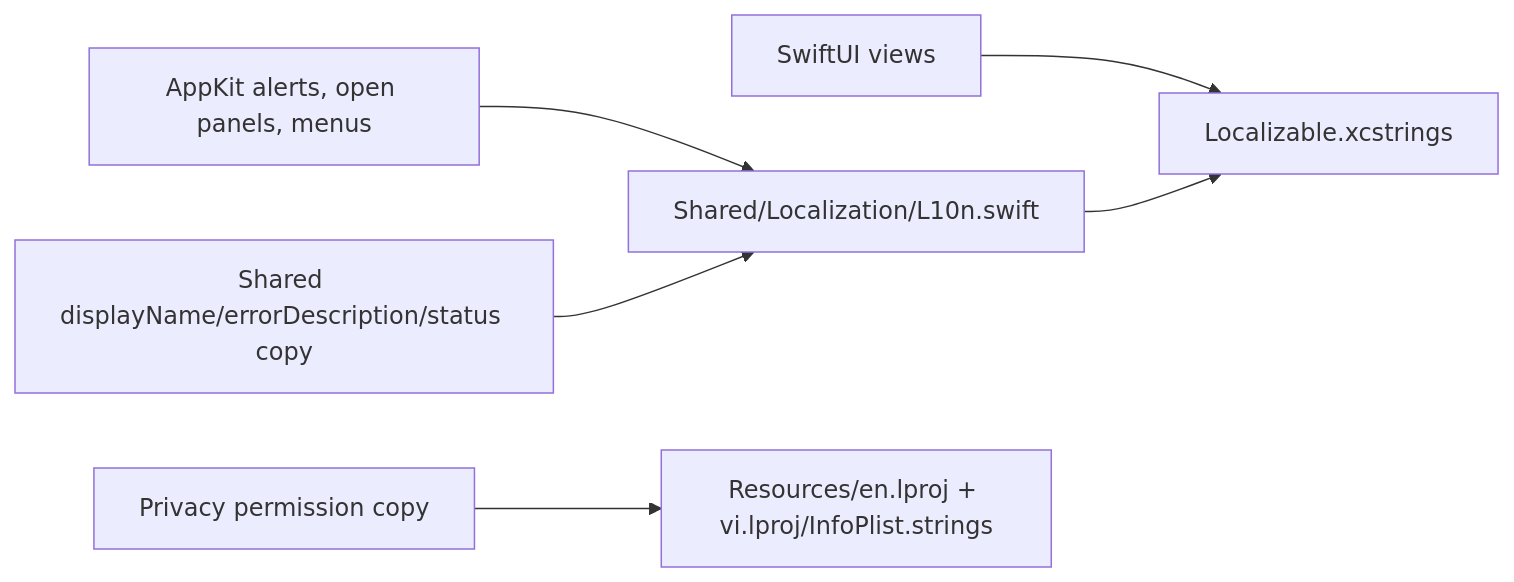
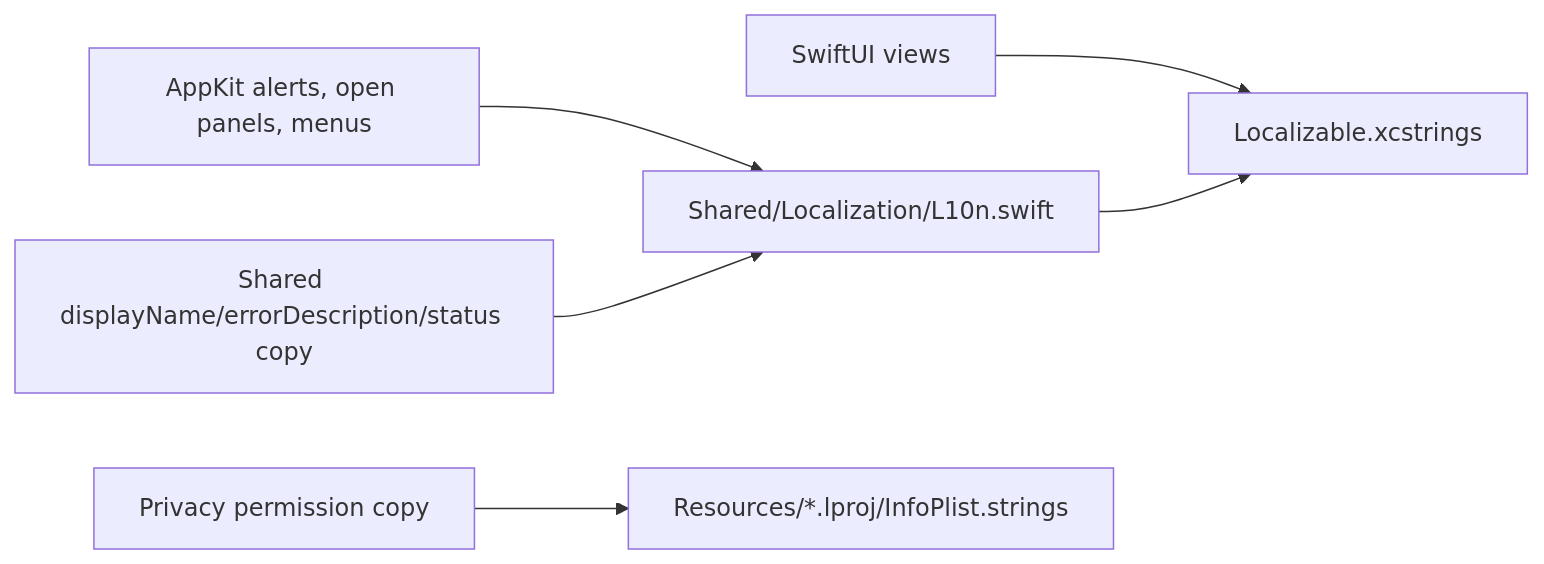
Before and after one commit to duongductrong/Snapzy: the diagram in docs/localization.md, drawn with Mermaid. The commit also changed other lines of this file and 12 other files, not shown here.

````diff
--- a/docs/localization.md
+++ b/docs/localization.md
@@ -14,8 +14,8 @@
 ```mermaid
 flowchart LR
     A["SwiftUI views"] --> B["Localizable.xcstrings"]
     C["AppKit alerts, open panels, menus"] --> D["Shared/Localization/L10n.swift"]
     E["Shared displayName/errorDescription/status copy"] --> D
     D --> B
-    F["Privacy permission copy"] --> G["Resources/en.lproj + vi.lproj/InfoPlist.strings"]
+    F["Privacy permission copy"] --> G["Resources/*.lproj/InfoPlist.strings"]
 ```
````
